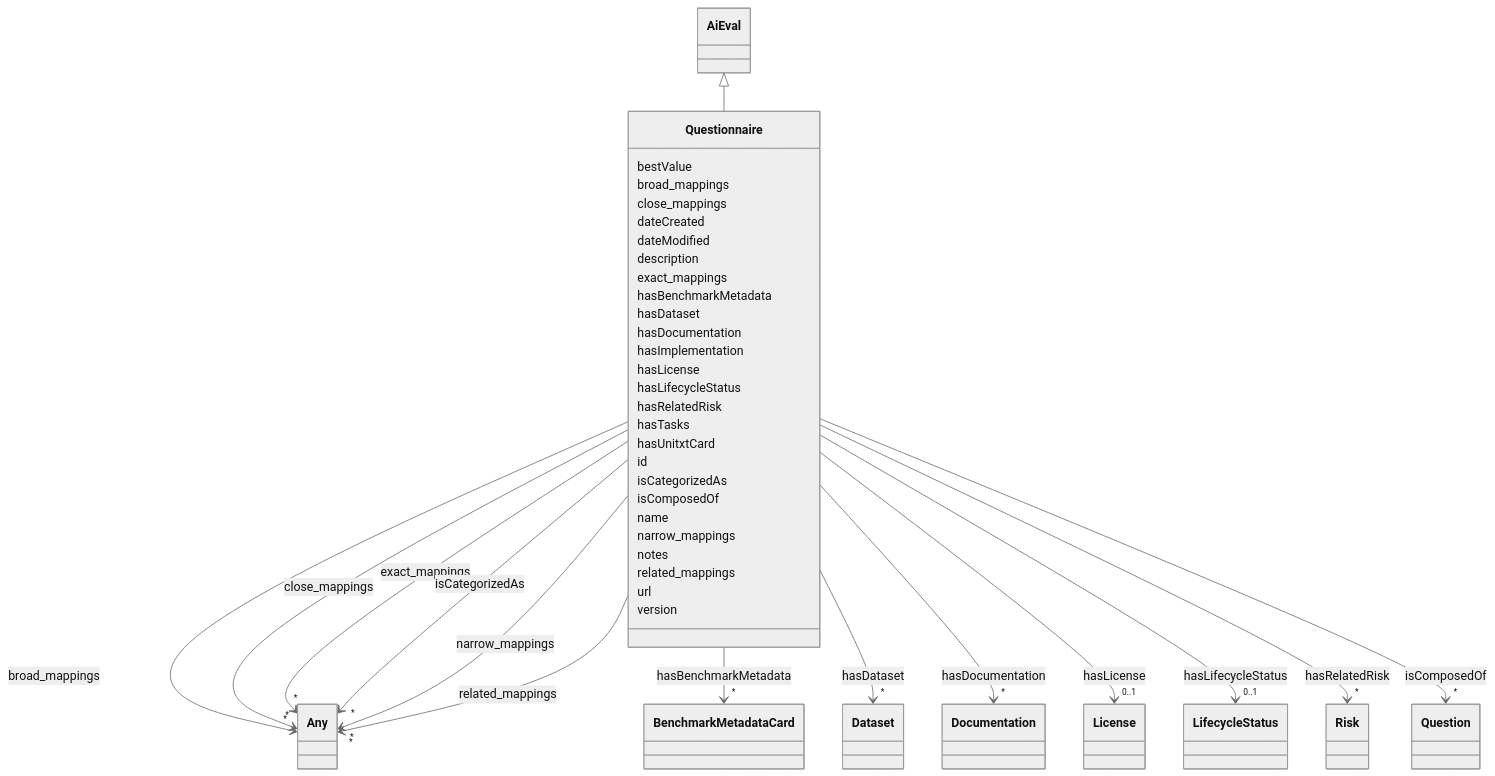
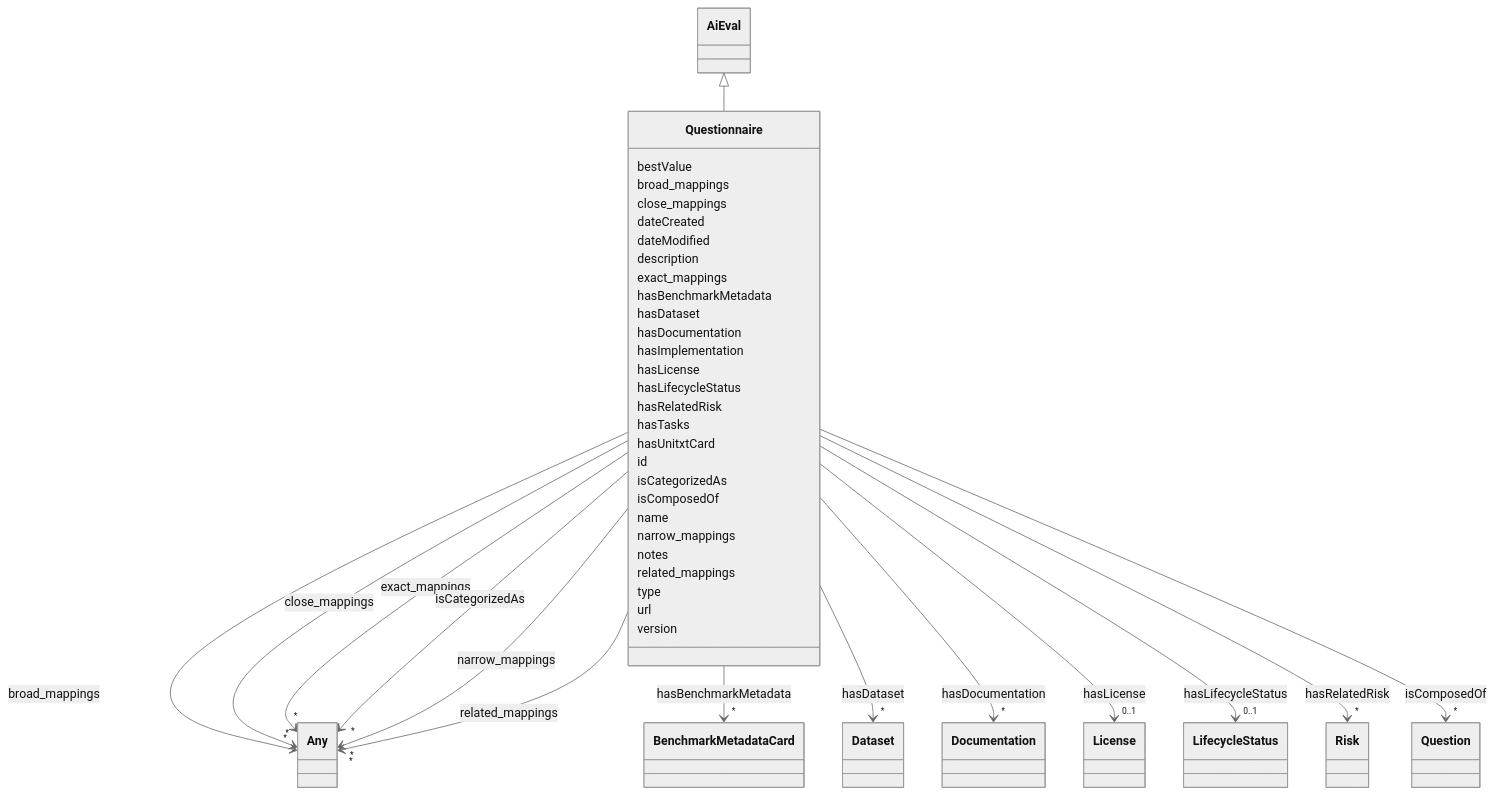
Before and after one commit to IBM/ai-atlas-nexus: the diagram in docs/ontology/Questionnaire.md, drawn with Mermaid (neutral theme). The commit also changed other lines of this file and 151 other files, not shown here.

```diff
--- a/docs/ontology/Questionnaire.md
+++ b/docs/ontology/Questionnaire.md
@@ -181,6 +181,8 @@
 
 
 
+      Questionnaire : type
+
       Questionnaire : url
 
       Questionnaire : version
```
